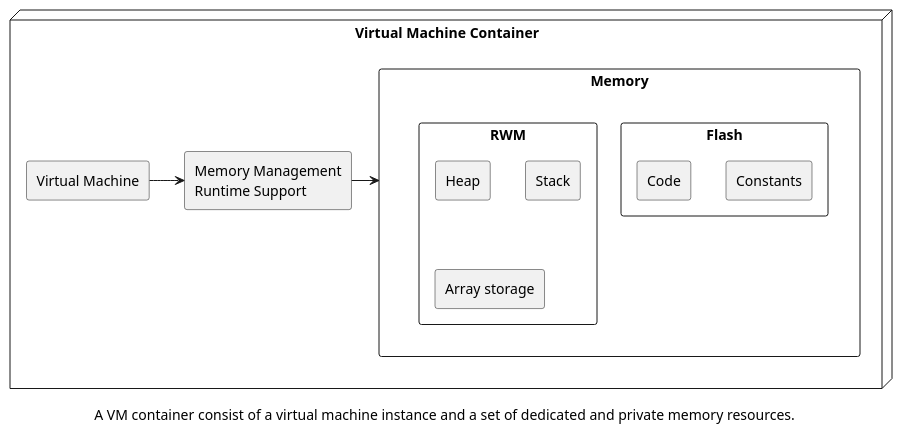
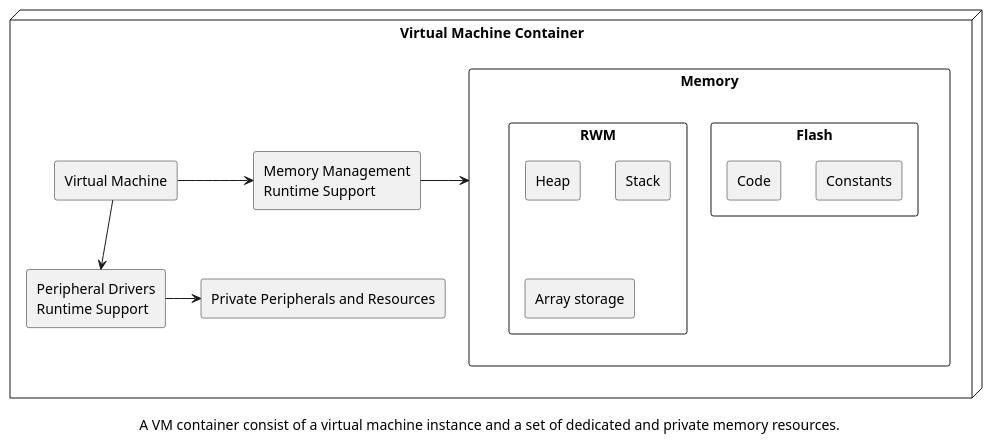
The second of 4 diagrams in spec/architecture.md (SynchronVM/SynchronVM), drawn with PlantUML before and after one commit. The commit also changed 1 other file, not shown here.

Commit message:
Changes to virtual machine container

````diff
--- a/spec/architecture.md
+++ b/spec/architecture.md
@@ -108,25 +108,33 @@
 ```plantuml
 node "Virtual Machine Container" {
 	
    	rectangle "Memory" as mem {
 		rectangle "Flash" {
 			rectangle "Constants"
 			rectangle "Code"
 		}
 		rectangle "RWM" {
 			rectangle "Heap" 
 			rectangle "Stack"
 			rectangle "Array storage"
 		}
 	}
 	rectangle "Virtual Machine" as vm
 		
 	rectangle "Memory Management\nRuntime Support" as mm
+
+	rectangle "Private Peripherals and Resources" as ppr
+
+	rectangle "Peripheral Drivers\nRuntime Support" as pd
+
 	
 	vm -> mm 
 	mm -> mem
+
+	vm --> pd
+	pd -> ppr
 
 	caption A VM container consist of a virtual machine instance and a set of dedicated and private memory resources.
 
 }
 ``` 
````
